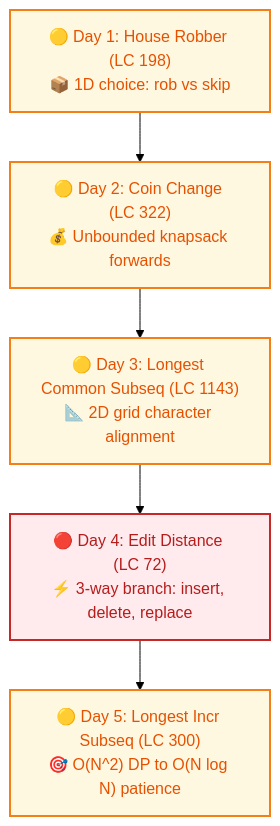
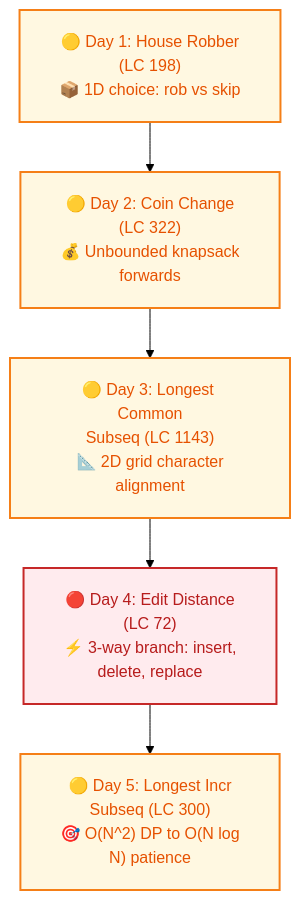
The fourth of 19 diagrams in Senior_dsa_question_list.md (dip4k/DSA_102), drawn with Mermaid (forest theme) before and after one commit. The commit also changed other lines of this file and 108 other files, not shown here.

First line of the commit message:
fix(mermaid): resolve diagram clipping, padding, and syntax issues across repo

````diff
--- a/Senior_dsa_question_list.md
+++ b/Senior_dsa_question_list.md
@@ -163,14 +166,15 @@
 ```mermaid
+%%{init: {"flowchart": {"htmlLabels": true, "padding": 20}}}%%
 flowchart TD
     classDef startNode fill:#e8f5e9,stroke:#2e7d32,stroke-width:2px,color:#1b5e20
     classDef midNode fill:#fff8e1,stroke:#f57f17,stroke-width:2px,color:#e65100
     classDef hardNode fill:#ffebee,stroke:#c62828,stroke-width:2px,color:#b71c1c
 
-    A["🟡 Day 1: House Robber (LC 198)<br/>📦 1D choice: rob vs skip"]:::midNode
-    B["🟡 Day 2: Coin Change (LC 322)<br/>💰 Unbounded knapsack forwards"]:::midNode
-    C["🟡 Day 3: Longest Common Subseq (LC 1143)<br/>📐 2D grid character alignment"]:::midNode
-    D["🔴 Day 4: Edit Distance (LC 72)<br/>⚡ 3-way branch: insert, delete, replace"]:::hardNode
-    E["🟡 Day 5: Longest Incr Subseq (LC 300)<br/>🎯 O(N^2) DP to O(N log N) patience"]:::midNode
+    A["🟡 Day 1: House Robber<br/>(LC 198)<br/>📦 1D choice: rob vs skip"]:::midNode
+    B["🟡 Day 2: Coin Change<br/>(LC 322)<br/>💰 Unbounded knapsack<br/>forwards"]:::midNode
+    C["🟡 Day 3: Longest Common<br/>Subseq (LC 1143)<br/>📐 2D grid character<br/>alignment"]:::midNode
+    D["🔴 Day 4: Edit Distance<br/>(LC 72)<br/>⚡ 3-way branch: insert,<br/>delete, replace"]:::hardNode
+    E["🟡 Day 5: Longest Incr<br/>Subseq (LC 300)<br/>🎯 O(N^2) DP to O(N log<br/>N) patience"]:::midNode
 
     A --> B --> C --> D --> E
 ```
````
